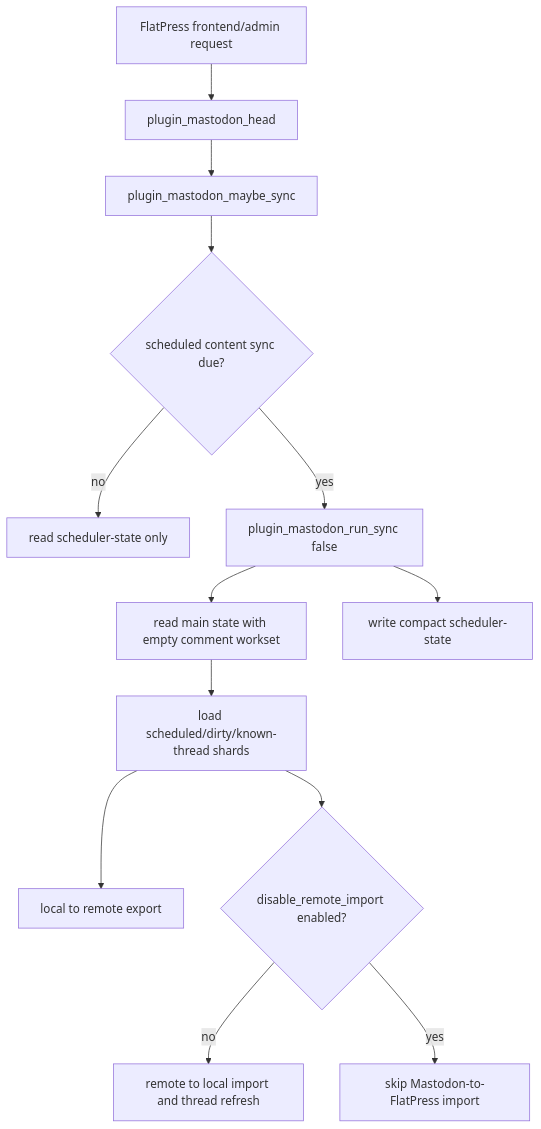
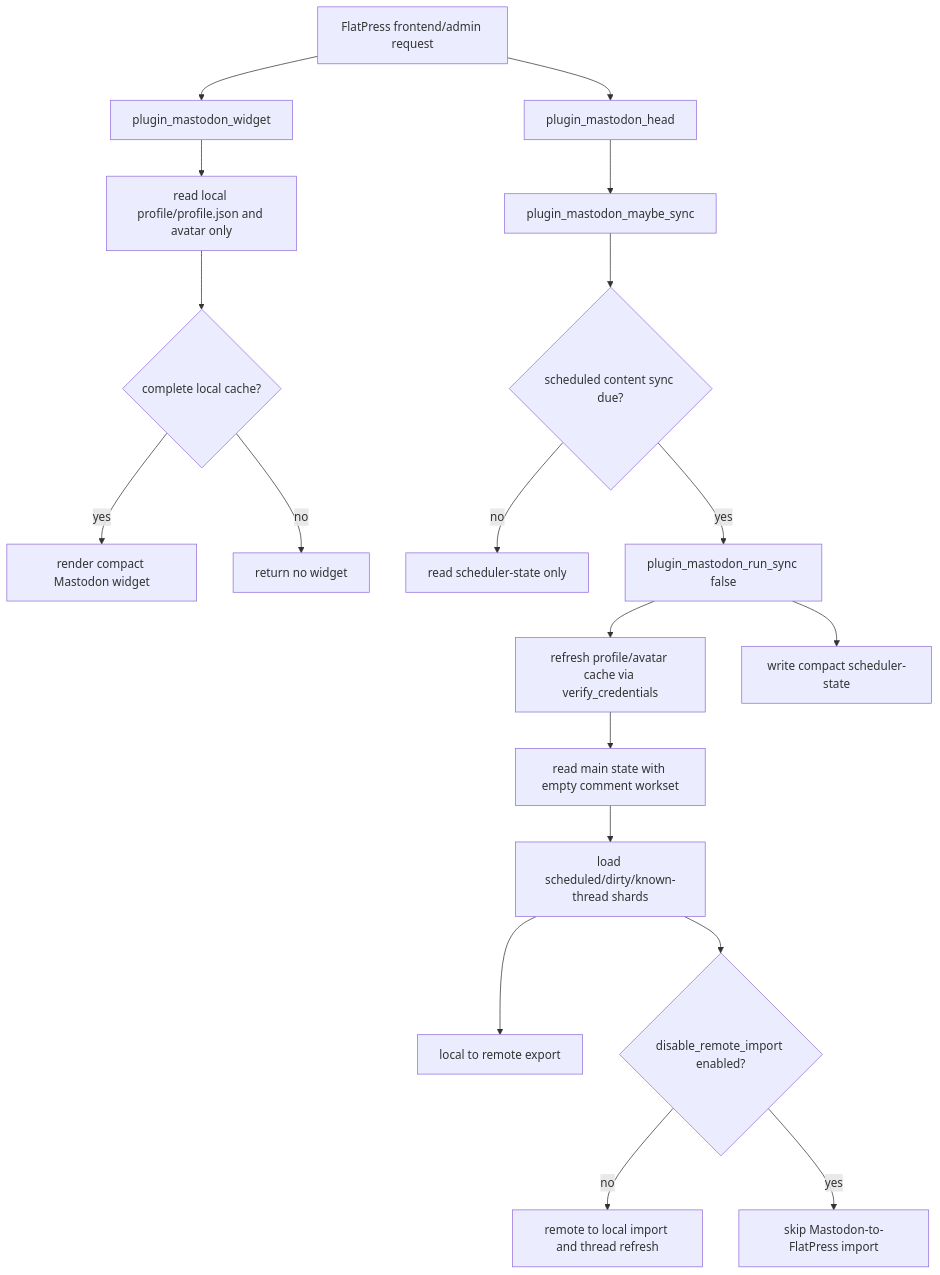
The first of 6 diagrams in fp-plugins/mastodon/developer-docs/07-Function-Organigram.md (flatpressblog/flatpress), drawn with Mermaid before and after one commit. The commit also changed other lines of this file and 27 other files, not shown here.

````diff
--- a/fp-plugins/mastodon/developer-docs/07-Function-Organigram.md
+++ b/fp-plugins/mastodon/developer-docs/07-Function-Organigram.md
@@ -61,15 +62,21 @@
 ```mermaid
 flowchart TD
 	Front[FlatPress frontend/admin request] --> Head[plugin_mastodon_head]
+	Front --> Widget[plugin_mastodon_widget]
+	Widget --> ProfileCache[read local profile/profile.json and avatar only]
+	ProfileCache --> WidgetOut{complete local cache?}
+	WidgetOut -- yes --> Render[render compact Mastodon widget]
+	WidgetOut -- no --> Hide[return no widget]
 	Head --> Maybe[plugin_mastodon_maybe_sync]
 	Maybe --> Due{scheduled content sync due?}
 	Due -- no --> Fast[read scheduler-state only]
 	Due -- yes --> Run[plugin_mastodon_run_sync false]
-	Run --> EmptyState[read main state with empty comment workset]
+	Run --> ProfileRefresh[refresh profile/avatar cache via verify_credentials]
+	ProfileRefresh --> EmptyState[read main state with empty comment workset]
 	EmptyState --> Workset[load scheduled/dirty/known-thread shards]
 	Workset --> LocalRemote[local to remote export]
 	Workset --> OneWay{disable_remote_import enabled?}
 	OneWay -- no --> RemoteLocal[remote to local import and thread refresh]
 	OneWay -- yes --> SkipRemote[skip Mastodon-to-FlatPress import]
 	Run --> Scheduler[write compact scheduler-state]
 ```
````
